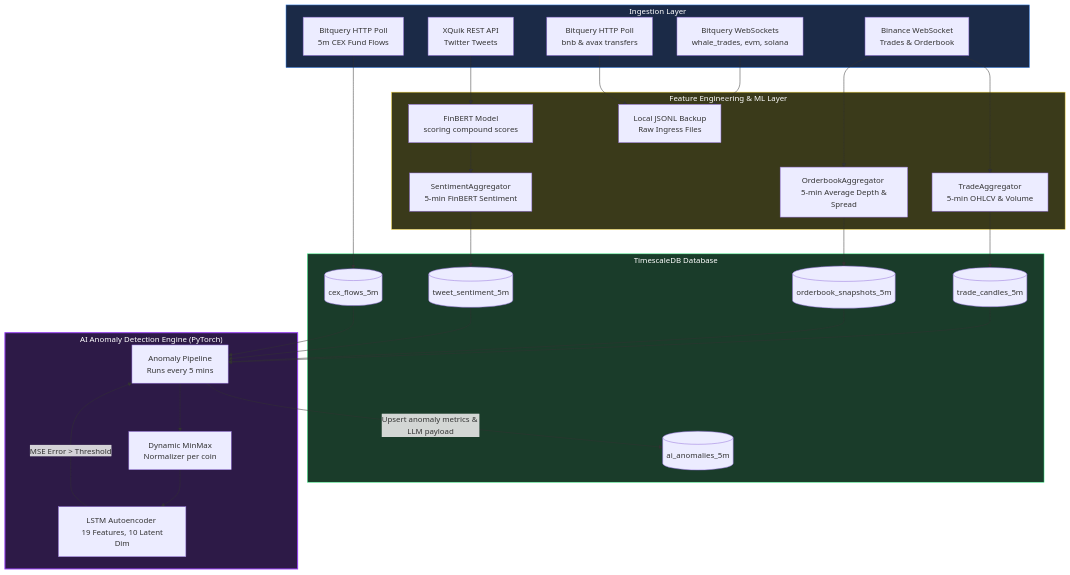
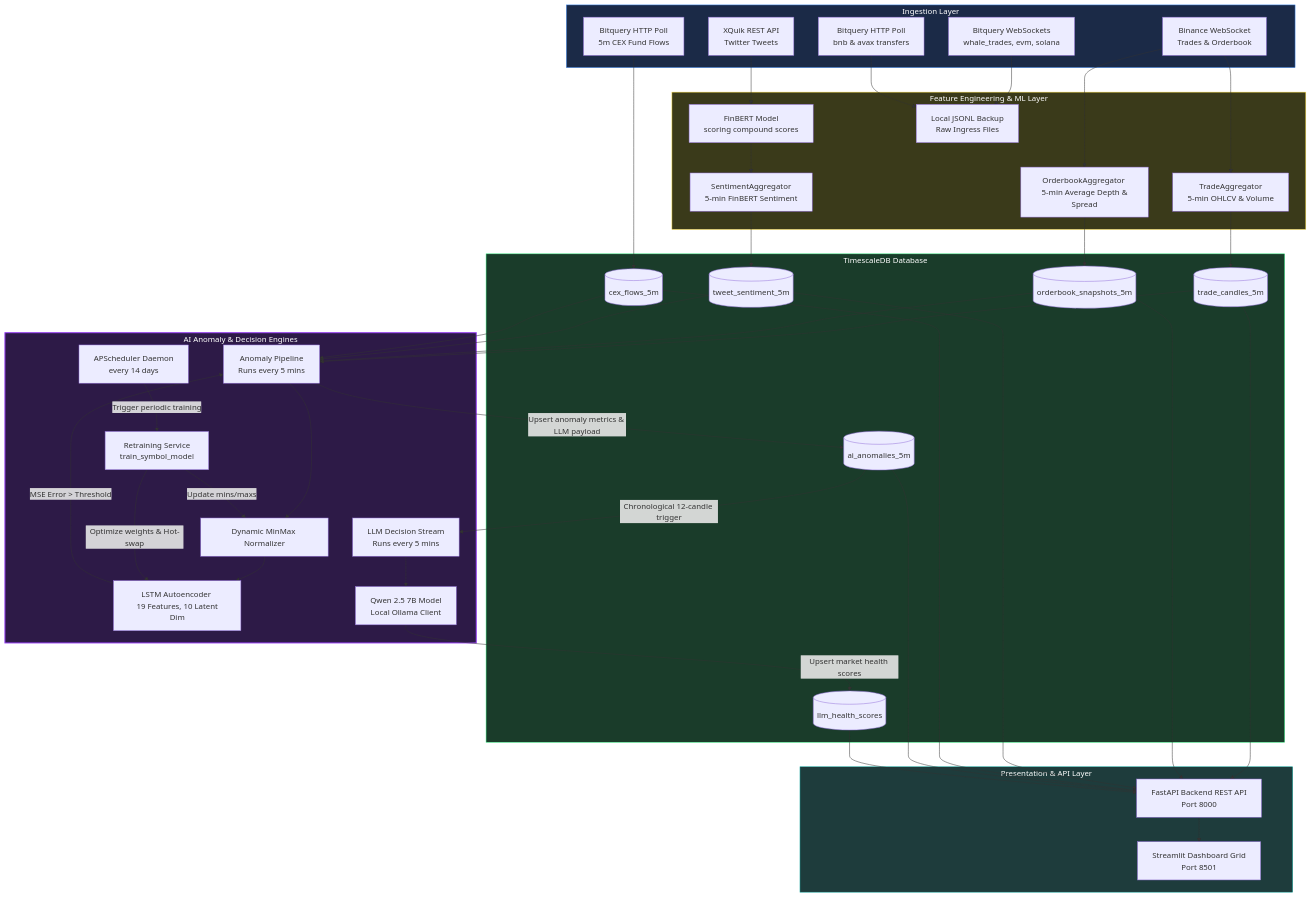
Before and after one commit to ErkanIsikB/CryptoSense: the diagram in README.md, drawn with Mermaid. The commit also changed other lines of this file and 3 other files, not shown here.

````diff
--- a/README.md
+++ b/README.md
@@ -35,13 +35,26 @@
         T_TS[(tweet_sentiment_5m)]
         T_CF[(cex_flows_5m)]
         T_ANOM[(ai_anomalies_5m)]
+        T_LLM[(llm_health_scores)]
     end
 
-    %% AI Anomaly Detection Engine
-    subgraph ML_Engine ["AI Anomaly Detection Engine (PyTorch)"]
+    %% AI Anomaly Detection & LLM Engines
+    subgraph ML_Engine ["AI Anomaly & Decision Engines"]
         AP[Anomaly Pipeline <br/> Runs every 5 mins]
         LSTM[LSTM Autoencoder <br/> 19 Features, 10 Latent Dim]
-        SCALER[Dynamic MinMax <br/> Normalizer per coin]
+        SCALER[Dynamic MinMax Normalizer]
+        
+        LLM[LLM Decision Stream <br/> Runs every 5 mins]
+        QWEN[Qwen 2.5 7B Model <br/> Local Ollama Client]
+        
+        RS[Retraining Service <br/> train_symbol_model]
+        SCHED[APScheduler Daemon <br/> every 14 days]
+    end
+
+    %% User Facing Layer
+    subgraph UserInterface ["Presentation & API Layer"]
+        API[FastAPI Backend REST API <br/> Port 8000]
+        DASH[Streamlit Dashboard Grid <br/> Port 8501]
     end
 
     %% Flows
@@ -64,9 +77,20 @@
     AP --> SCALER --> LSTM
     LSTM -->|MSE Error > Threshold| AP
     AP -->|Upsert anomaly metrics & LLM payload| T_ANOM
+    
+    T_ANOM -->|Chronological 12-candle trigger| LLM
+    LLM --> QWEN -->|Upsert market health scores| T_LLM
+    
+    SCHED -->|Trigger periodic training| RS
+    RS -->|Optimize weights & Hot-swap| LSTM
+    RS -->|Update mins/maxs| SCALER
+    
+    T_TC & T_OS & T_TS & T_CF & T_ANOM & T_LLM --> API
+    API --> DASH
 
     style ML_Engine fill:#2d1a47,stroke:#953df4,stroke-width:2px,color:#fff
     style Ingestion fill:#1b2a47,stroke:#3d8bf4,stroke-width:1px,color:#fff
     style Storage fill:#1a3c2a,stroke:#3df48b,stroke-width:1px,color:#fff
     style Processing fill:#3a3a1a,stroke:#f4d63d,stroke-width:1px,color:#fff
+    style UserInterface fill:#1e3c3c,stroke:#20b2aa,stroke-width:1px,color:#fff
 ```
````
